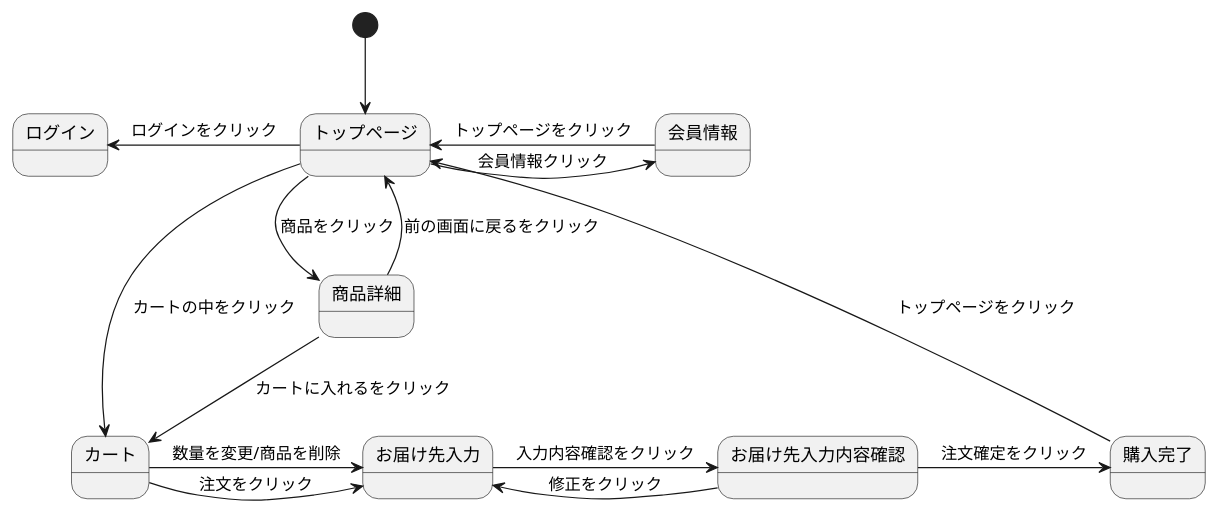
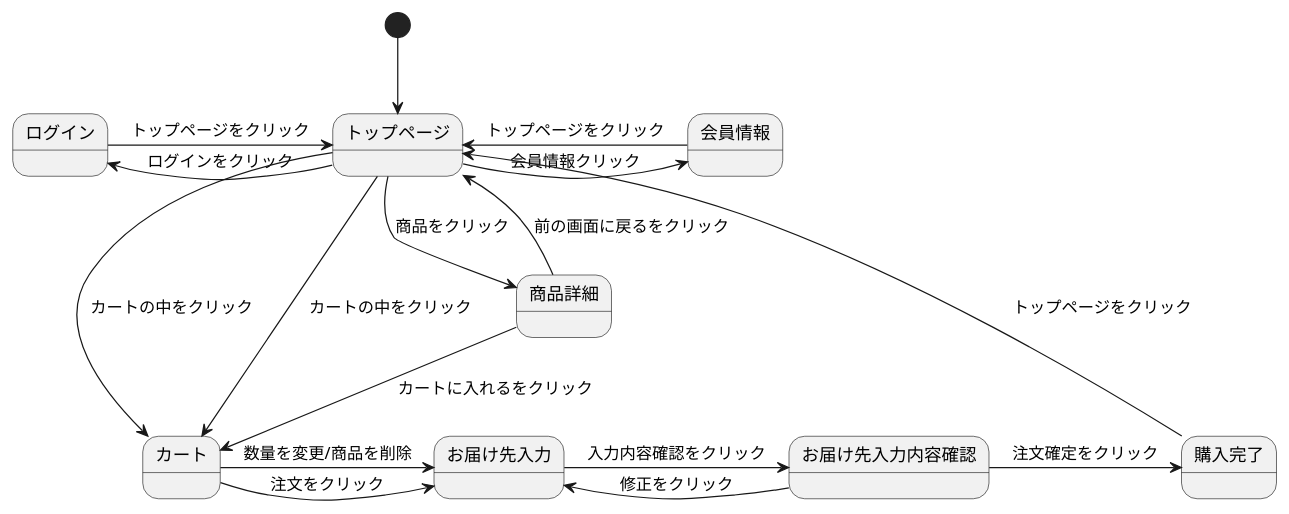
The diagram in test.md (Aso2001413/2021sys-design), drawn with PlantUML before and after one commit.

````diff
--- a/test.md
+++ b/test.md
@@ -1,19 +1,21 @@
 ```uml
 @startuml
 [*] --> トップページ
 トップページ -> 会員情報 : 会員情報クリック
 トップページ -left-> ログイン : ログインをクリック
 トップページ --> 商品詳細 : 商品をクリック
 トップページ --> カート : カートの中をクリック
+ログイン -> トップページ : トップページをクリック
 商品詳細 --> カート : カートに入れるをクリック
 商品詳細 --> トップページ : 前の画面に戻るをクリック
 会員情報 -> トップページ : トップページをクリック
+トップページ --> カート : カートの中をクリック
 カート -> お届け先入力 : 注文をクリック
 カート -> お届け先入力 : 数量を変更/商品を削除
 お届け先入力 -> お届け先入力内容確認 : 入力内容確認をクリック
 お届け先入力内容確認 -> お届け先入力 : 修正をクリック
 お届け先入力内容確認 -> 購入完了 : 注文確定をクリック
 購入完了 -> トップページ : トップページをクリック
 @enduml
 
 ```
````
